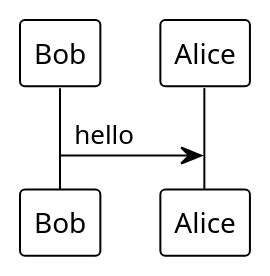
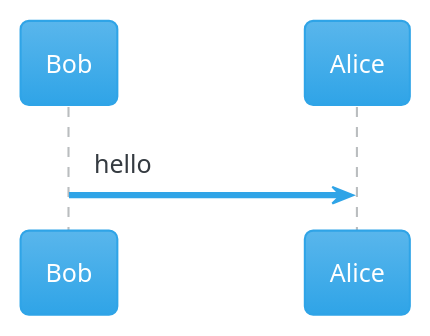
Before and after one commit to mewisme/puml-server: the first of 3 diagrams in README.md, drawn with PlantUML. The commit also changed other lines of this file and 10 other files, not shown here.

````diff
--- a/README.md
+++ b/README.md
@@ -170,6 +223,6 @@
 ```puml
 @startuml
-!theme plain
+!theme cerulean
 Bob -> Alice : hello
 @enduml
 ```
````
